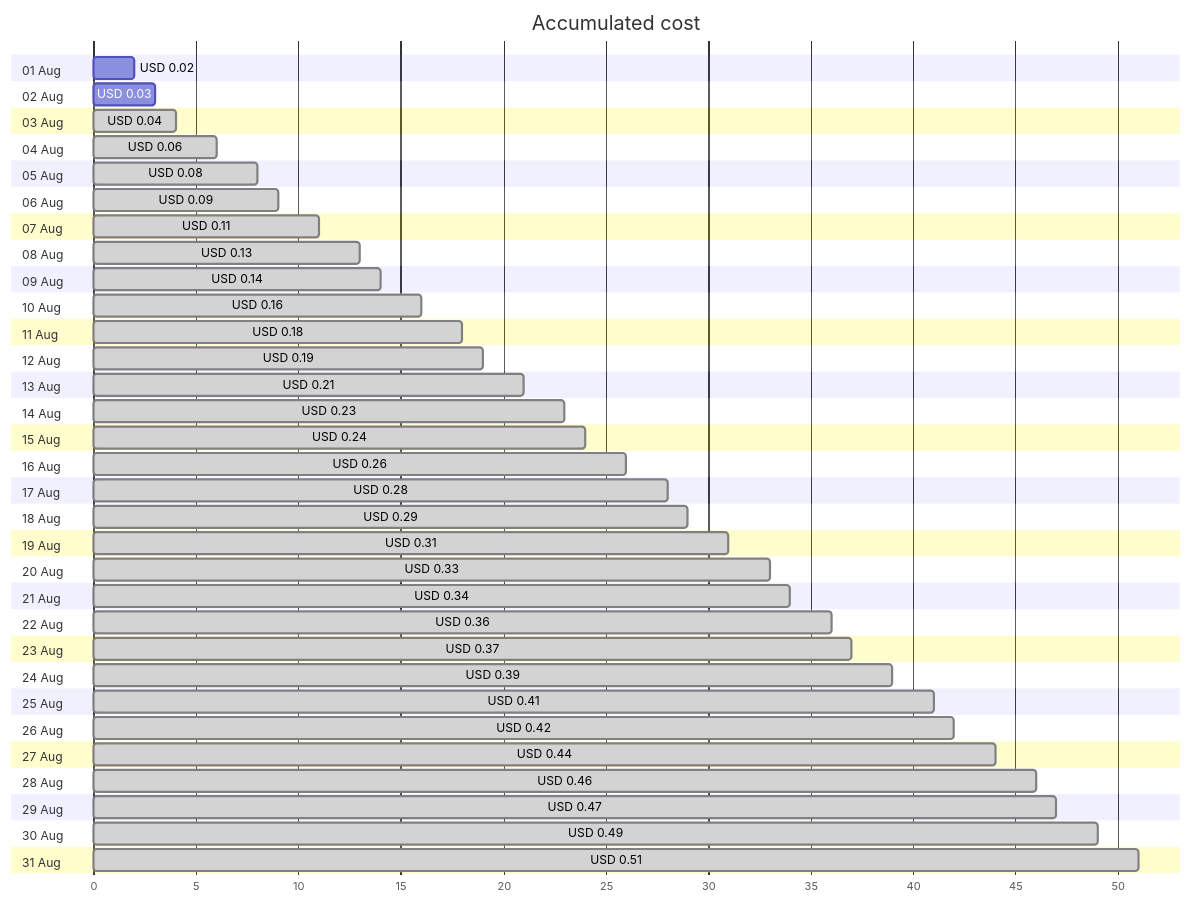
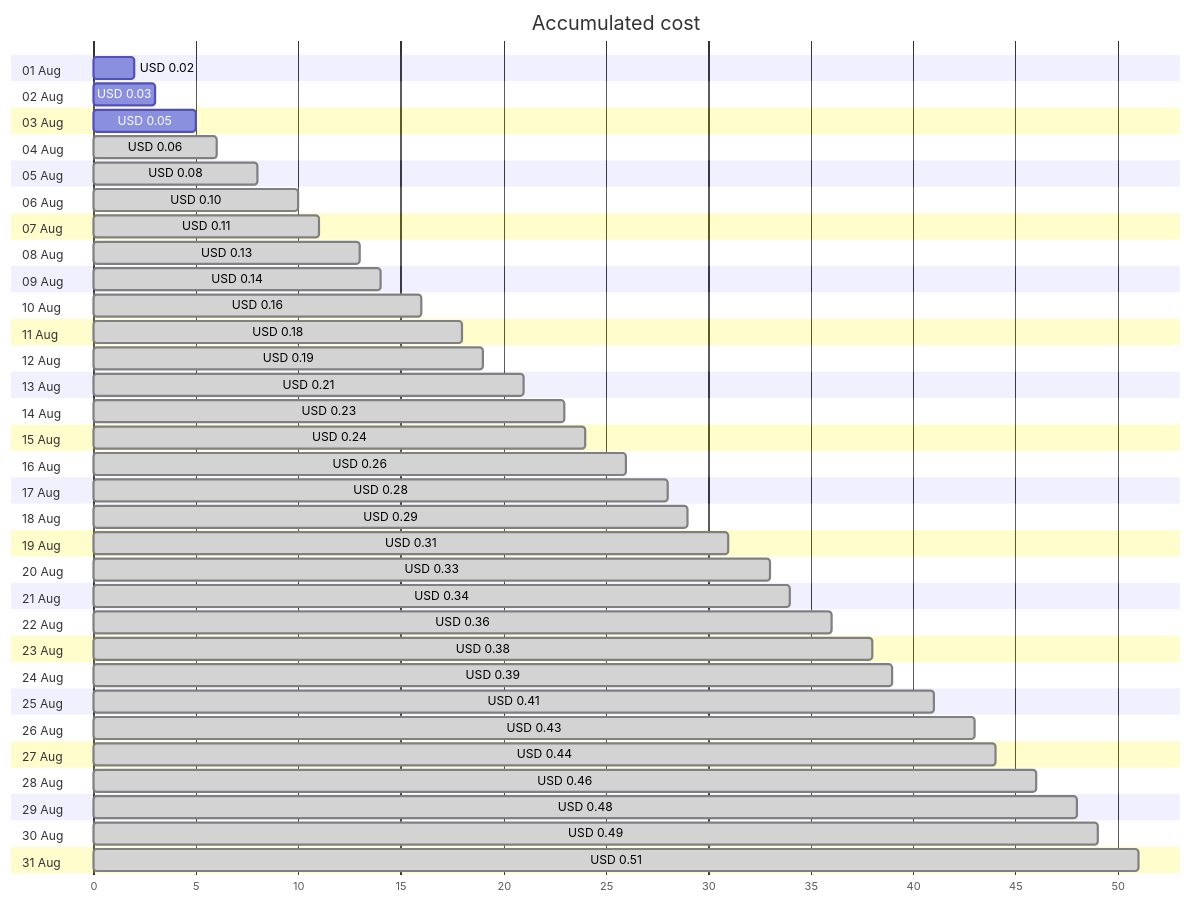
Before and after one commit to jpfulton/azure-personal-reports: the first of 4 diagrams in cost-reports/personal-dns/jpatrickfulton.dev.md, drawn with Mermaid. The commit also changed other lines of this file and 2 other files, not shown here.

````diff
--- a/cost-reports/personal-dns/jpatrickfulton.dev.md
+++ b/cost-reports/personal-dns/jpatrickfulton.dev.md
@@ -20,68 +20,68 @@
 ```mermaid
 gantt
    title Accumulated cost
    dateFormat  X
    axisFormat %s
    section 01 Aug
    USD 0.02 :0, 2
    section 02 Aug
    USD 0.03 :0, 3
    section 03 Aug
-   USD 0.04 : done, 0, 4
+   USD 0.05 :0, 5
    section 04 Aug
    USD 0.06 : done, 0, 6
    section 05 Aug
    USD 0.08 : done, 0, 8
    section 06 Aug
-   USD 0.09 : done, 0, 9
+   USD 0.10 : done, 0, 10
    section 07 Aug
    USD 0.11 : done, 0, 11
    section 08 Aug
    USD 0.13 : done, 0, 13
    section 09 Aug
    USD 0.14 : done, 0, 14
    section 10 Aug
    USD 0.16 : done, 0, 16
    section 11 Aug
    USD 0.18 : done, 0, 18
    section 12 Aug
    USD 0.19 : done, 0, 19
    section 13 Aug
    USD 0.21 : done, 0, 21
    section 14 Aug
    USD 0.23 : done, 0, 23
    section 15 Aug
    USD 0.24 : done, 0, 24
    section 16 Aug
    USD 0.26 : done, 0, 26
    section 17 Aug
    USD 0.28 : done, 0, 28
    section 18 Aug
    USD 0.29 : done, 0, 29
    section 19 Aug
    USD 0.31 : done, 0, 31
    section 20 Aug
    USD 0.33 : done, 0, 33
    section 21 Aug
    USD 0.34 : done, 0, 34
    section 22 Aug
    USD 0.36 : done, 0, 36
    section 23 Aug
-   USD 0.37 : done, 0, 37
+   USD 0.38 : done, 0, 38
    section 24 Aug
    USD 0.39 : done, 0, 39
    section 25 Aug
    USD 0.41 : done, 0, 41
    section 26 Aug
-   USD 0.42 : done, 0, 42
+   USD 0.43 : done, 0, 43
    section 27 Aug
    USD 0.44 : done, 0, 44
    section 28 Aug
    USD 0.46 : done, 0, 46
    section 29 Aug
-   USD 0.47 : done, 0, 47
+   USD 0.48 : done, 0, 48
    section 30 Aug
    USD 0.49 : done, 0, 49
    section 31 Aug
    USD 0.51 : done, 0, 51
 ```
````
